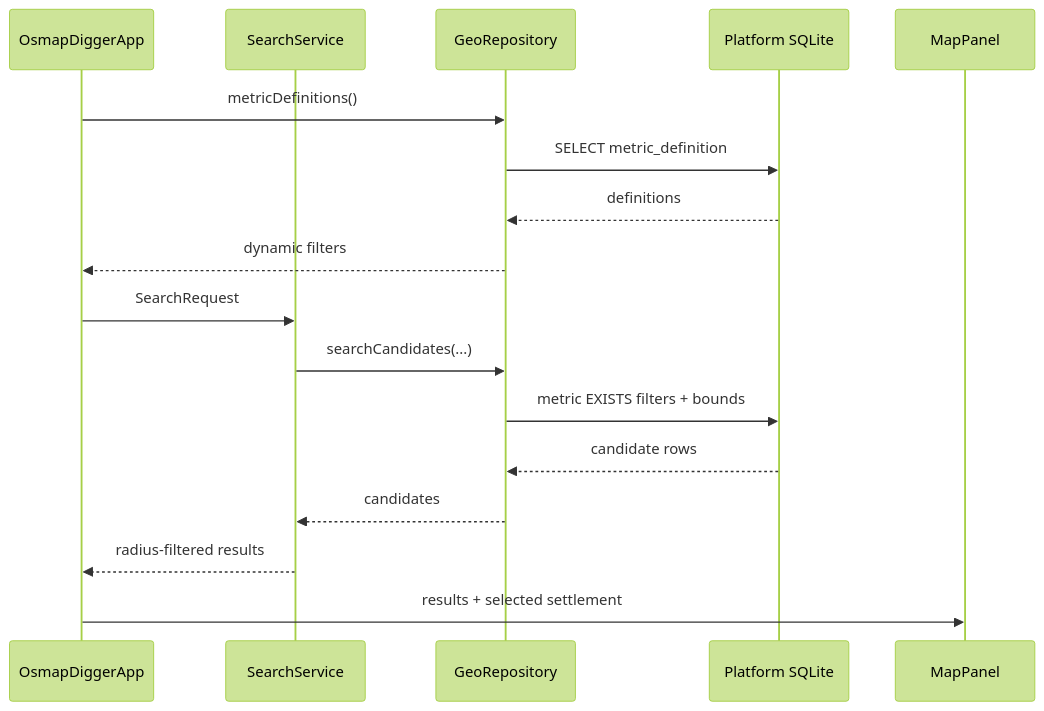
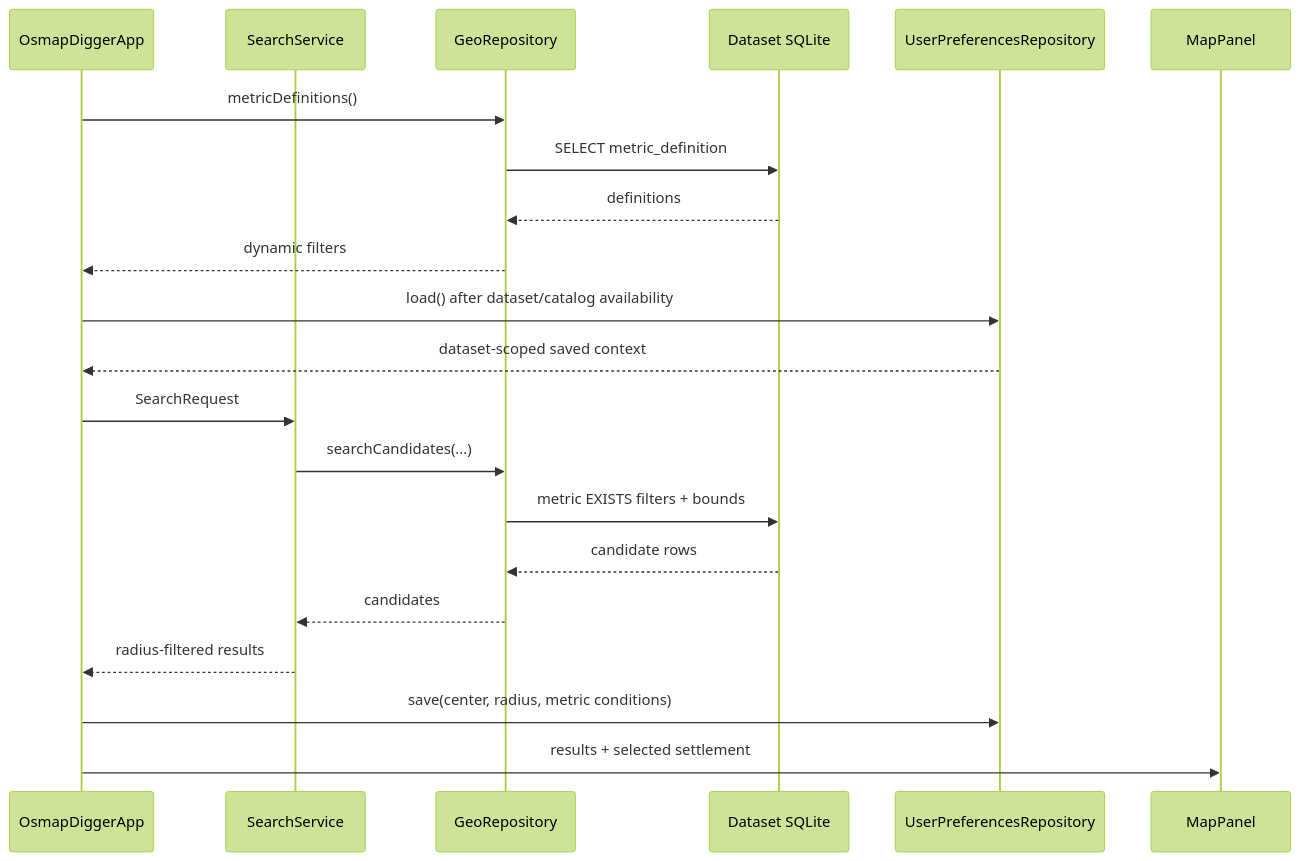
Before and after one commit to folk21/osmapdigger: the second of 2 diagrams in docs/IMPLEMENTATION.md, drawn with Mermaid (forest theme). The commit also changed other lines of this file and 20 other files, not shown here.

First line of the commit message:
feat: persist dataset-scoped user search preferences

````diff
--- a/docs/IMPLEMENTATION.md
+++ b/docs/IMPLEMENTATION.md
@@ -143,20 +143,24 @@
 ```mermaid
 sequenceDiagram
     participant UI as OsmapDiggerApp
     participant S as SearchService
     participant R as GeoRepository
-    participant DB as Platform SQLite
+    participant DB as Dataset SQLite
+    participant P as UserPreferencesRepository
     participant M as MapPanel
 
     UI->>R: metricDefinitions()
     R->>DB: SELECT metric_definition
     DB-->>R: definitions
     R-->>UI: dynamic filters
+    UI->>P: load() after dataset/catalog availability
+    P-->>UI: dataset-scoped saved context
     UI->>S: SearchRequest
     S->>R: searchCandidates(...)
     R->>DB: metric EXISTS filters + bounds
     DB-->>R: candidate rows
     R-->>S: candidates
     S-->>UI: radius-filtered results
+    UI->>P: save(center, radius, metric conditions)
     UI->>M: results + selected settlement
 ```
````
